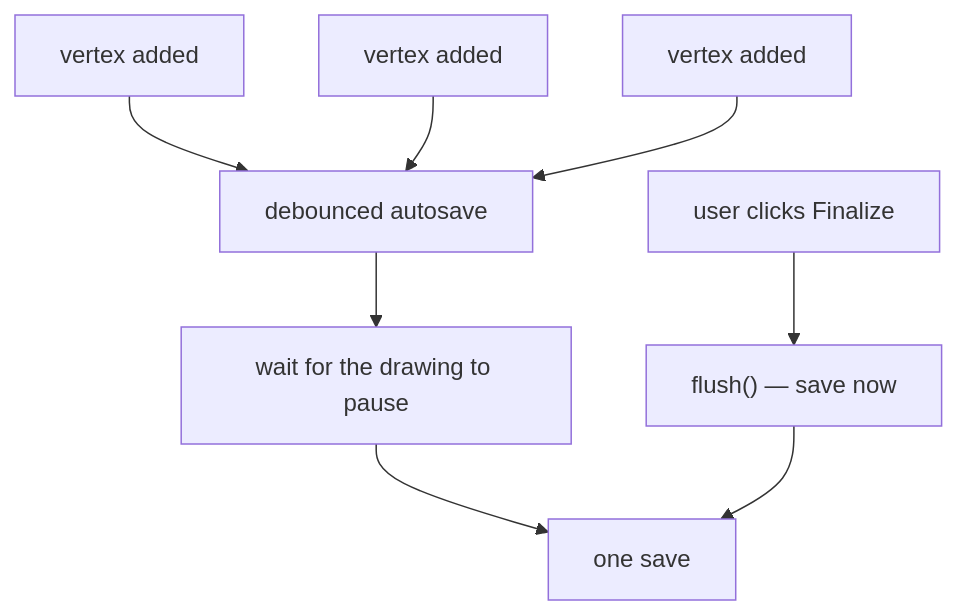
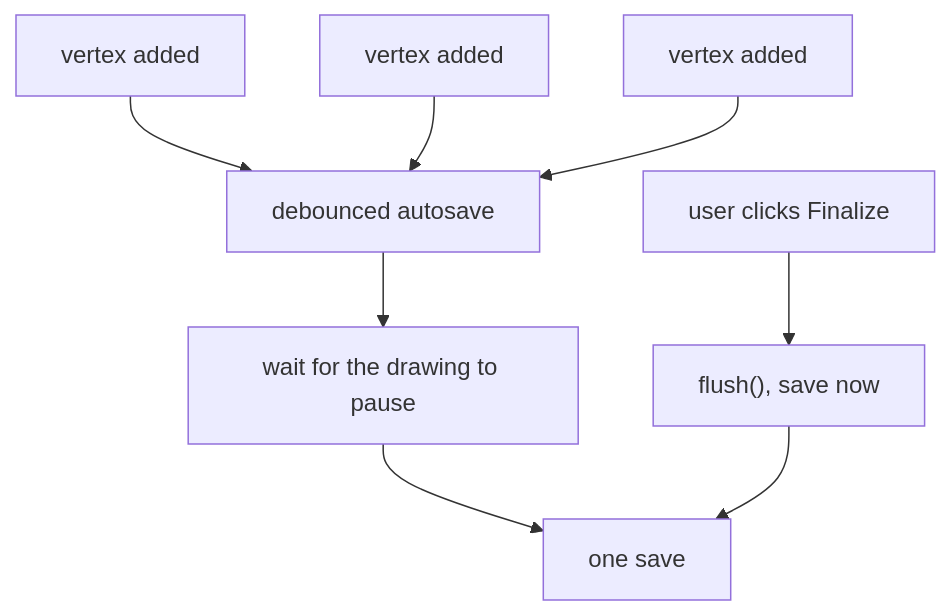
One commit to jennarbates/StratigraphyGenerator changed the diagram in docs/cs/debouncing-and-throttling.md. Above: the diagram before and after it, drawn with Mermaid. The commit also changed other lines of this file and 309 other files, not shown here.

````diff
--- a/docs/cs/debouncing-and-throttling.md
+++ b/docs/cs/debouncing-and-throttling.md
@@ -46,10 +46,10 @@
 ```mermaid
 flowchart TB
   E["vertex added"] --> D["debounced autosave"]
   E2["vertex added"] --> D
   E3["vertex added"] --> D
   D --> W["wait for the drawing to pause"]
   W --> S["one save"]
-  F["user clicks Finalize"] --> FL["flush() — save now"]
+  F["user clicks Finalize"] --> FL["flush(), save now"]
   FL --> S
 ```
````
